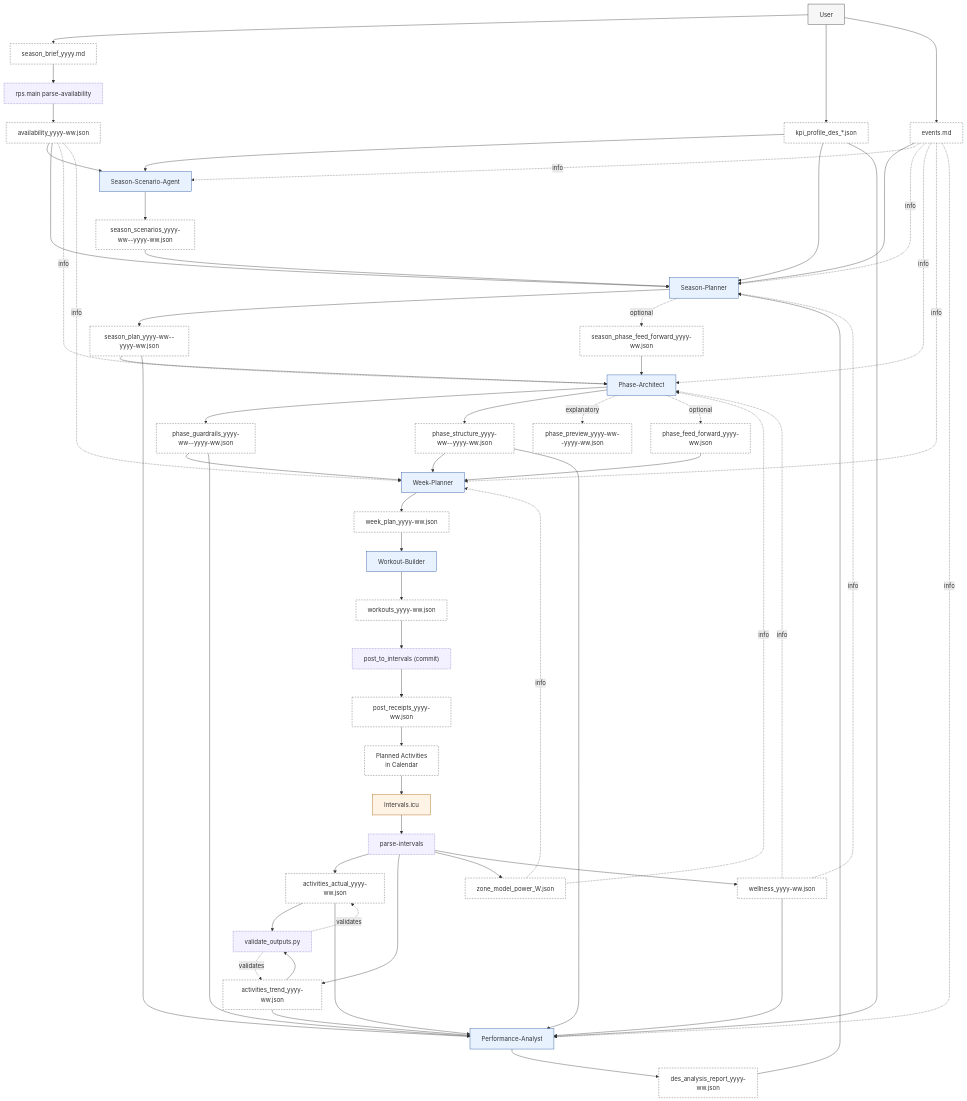
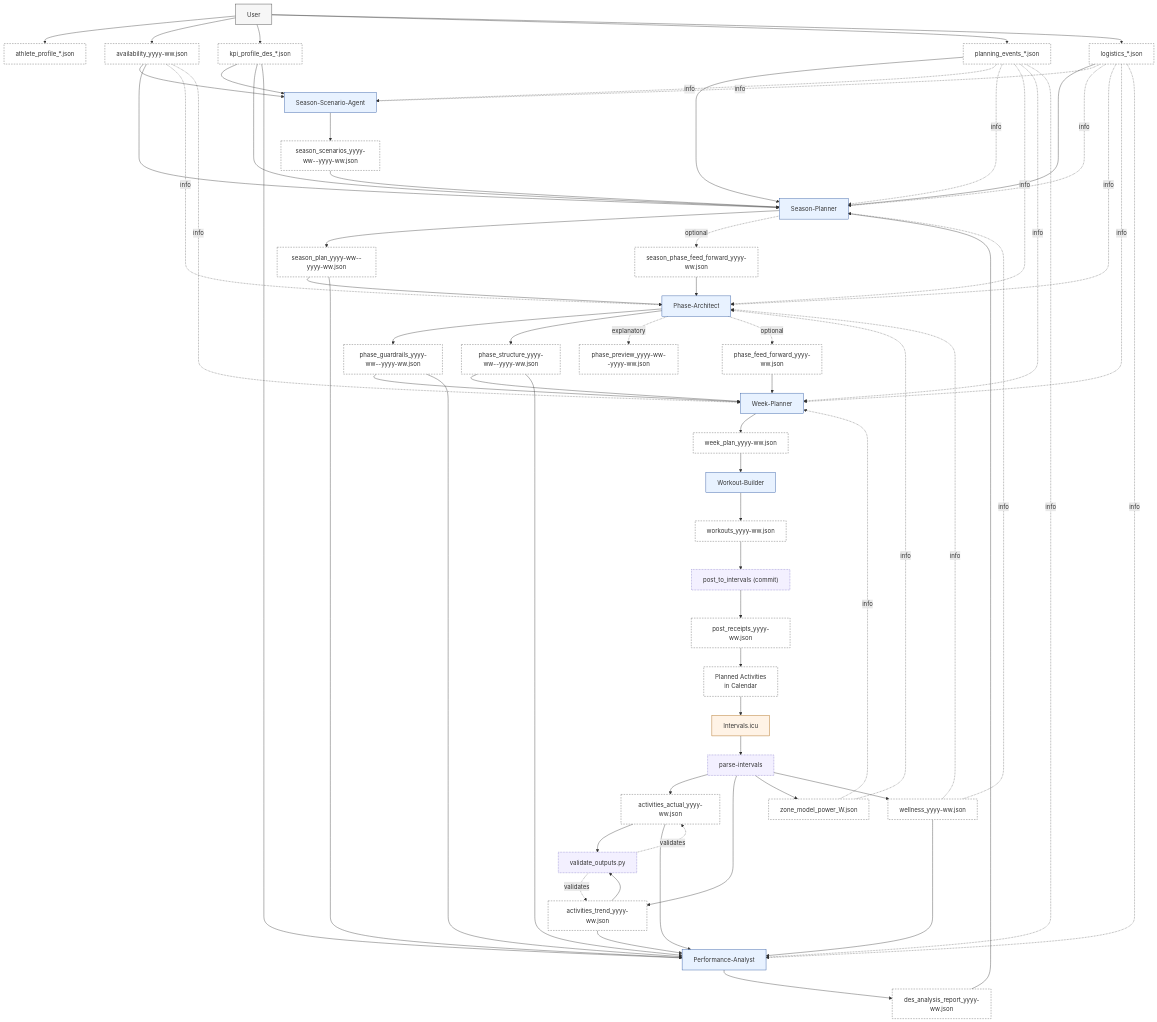
One commit to albauer-priv/RPS changed the first of 8 diagrams in doc/overview/artefact_flow.md. Above: the diagram before and after it, drawn with Mermaid. The commit also changed other lines of this file and 78 other files, not shown here.

```diff
--- a/doc/overview/artefact_flow.md
+++ b/doc/overview/artefact_flow.md
@@ -27,15 +27,15 @@
   PA[Performance-Analyst]:::agent
   I[Intervals.icu]:::external
   EXP[parse-intervals]:::script
-  AVP[rps.main parse-availability]:::script
   VAL[validate_outputs.py]:::script
   POST["post_to_intervals (commit)"]:::script
   RCPT[post_receipts_yyyy-ww.json]:::artefact
 
   %% Artefacts
-  SB[season_brief_yyyy.md]:::artefact
+  AP[athlete_profile_*.json]:::artefact
   KP[kpi_profile_des_*.json]:::artefact
-  EV[events.md]:::artefact
+  PE[planning_events_*.json]:::artefact
+  LG[logistics_*.json]:::artefact
   AV[availability_yyyy-ww.json]:::artefact
   SC[season_scenarios_yyyy-ww--yyyy-ww.json]:::artefact
   MO[season_plan_yyyy-ww--yyyy-ww.json]:::artefact
@@ -54,14 +54,17 @@
   DR[des_analysis_report_yyyy-ww.json]:::artefact
 
   %% Planning chain
-  U --> SB --> AVP --> AV
+  U --> AP
+  U --> AV
   AV --> SS
   U --> KP --> SS
   SS --> SC --> MA
   KP --> MA
   KP --> PA
-  U --> EV --> MA
-  EV -. info .-> SS
+  U --> PE --> MA
+  U --> LG --> MA
+  PE -. info .-> SS
+  LG -. info .-> SS
   AV --> MA
 
   MA --> MO --> ME
@@ -101,10 +104,14 @@
   PA --> DR --> MA
 
   %% Events can be used by multiple agents (informational)
-  EV -. info .-> MA
-  EV -. info .-> ME
-  EV -. info .-> MI
-  EV -. info .-> PA
+  PE -. info .-> MA
+  PE -. info .-> ME
+  PE -. info .-> MI
+  PE -. info .-> PA
+  LG -. info .-> MA
+  LG -. info .-> ME
+  LG -. info .-> MI
+  LG -. info .-> PA
 
   %% Styling
   classDef actor fill:#f6f6f6,stroke:#333,stroke-width:1px;
```
